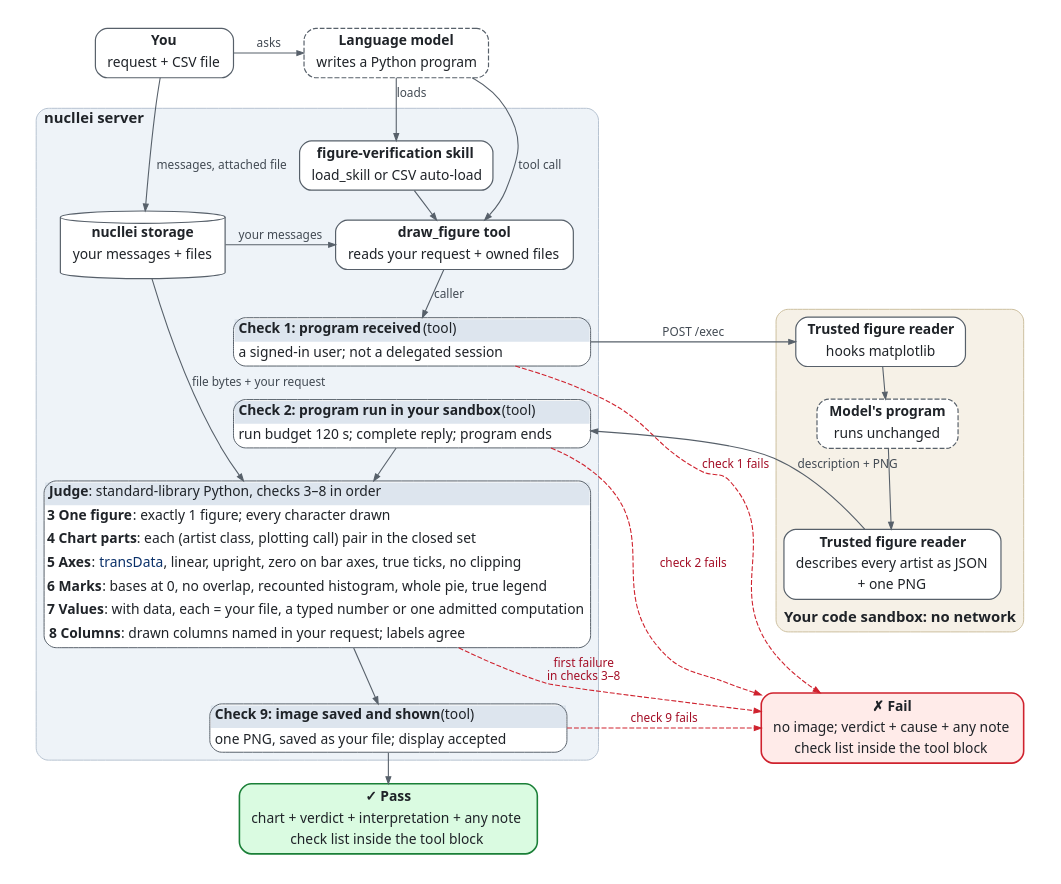
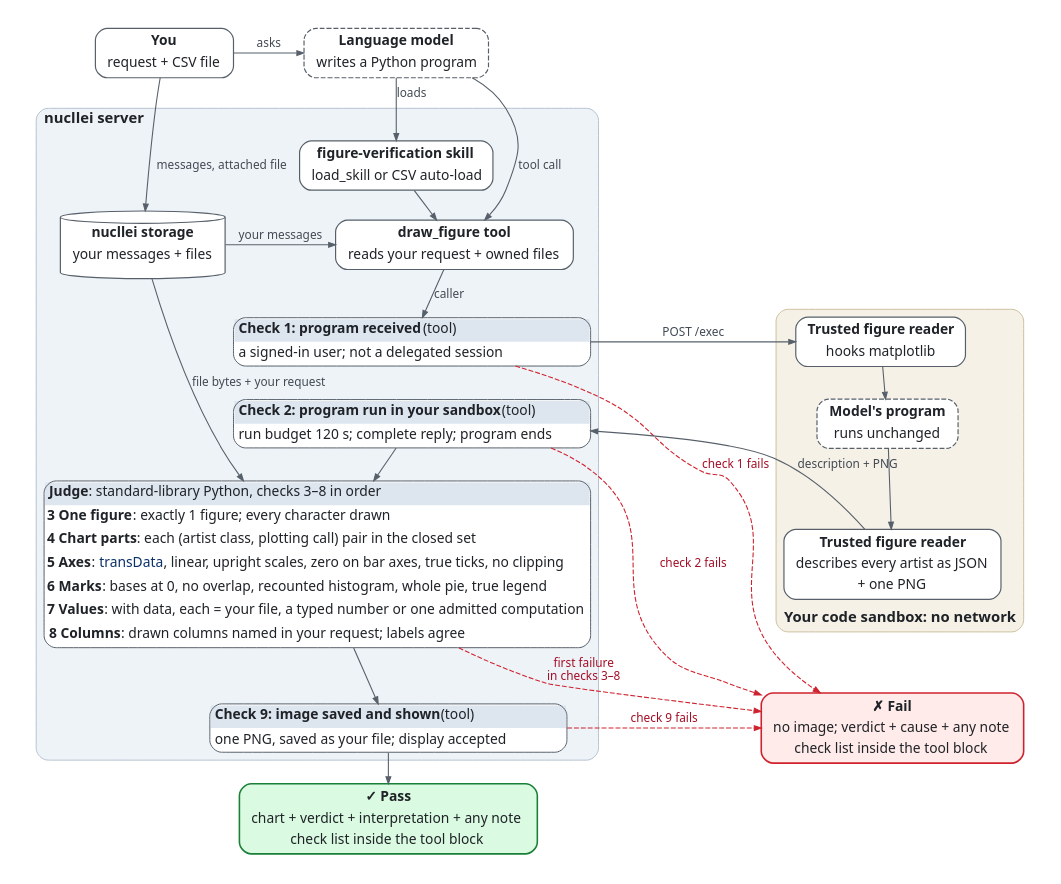
One commit to eturkes/figure-verification changed the diagram in docs/diagrams/verifier-nucllei.dot. Above: the diagram before and after it, drawn with Graphviz. The commit also changed 48 other files, not shown here.

```diff
--- a/docs/diagrams/verifier-nucllei.dot
+++ b/docs/diagrams/verifier-nucllei.dot
@@ -1,78 +1,78 @@
 // SPDX-License-Identifier: Apache-2.0 WITH LLVM-exception
 // How the figure verifier decides: the pipeline, one summary card per check. Rendered to
 // verifier-nucllei.svg by tools/render_diagrams.py; every rule = the tables of docs/nucllei/checks.md.
 digraph verifier_nucllei {
   graph [fontname="Noto Sans", fontsize=15, fontcolor="#1f2328", bgcolor="white",
          pad=0.3, nodesep=0.35, ranksep=0.28, newrank=true, compound=true];
   node [fontname="Noto Sans", fontsize=14, fontcolor="#1f2328", shape=box,
         style="rounded,filled", fillcolor="white", color="#57606a", penwidth=1.2,
         margin="0.15,0.06"];
   edge [fontname="Noto Sans", fontsize=12, fontcolor="#424a53", color="#57606a",
         arrowsize=0.7, penwidth=1.1];
 
   you [label=<<table border="0" cellborder="0" cellspacing="0" cellpadding="1"><tr><td height="21"><b>You</b></td></tr><tr><td height="21">request + CSV file</td></tr></table>>];
   model [label=<<table border="0" cellborder="0" cellspacing="0" cellpadding="1"><tr><td height="21"><b>Language model</b></td></tr><tr><td height="21">writes a Python program</td></tr></table>>, style="rounded,dashed"];
 
   subgraph cluster_server {
     label=<<b>nucllei server</b>>; labeljust=l; style="rounded,filled";
     fillcolor="#eef3f8"; color="#b6c3d1";
     storage [label=<<table border="0" cellborder="0" cellspacing="0" cellpadding="1"><tr><td height="21"><b>nucllei storage</b></td></tr><tr><td height="21">your messages + files</td></tr></table>>, shape=cylinder, style=filled];
     skill [label=<<table border="0" cellborder="0" cellspacing="0" cellpadding="1"><tr><td height="21"><b>figure-verification skill</b></td></tr><tr><td height="21">load_skill or CSV auto-load</td></tr></table>>];
     tool [label=<<table border="0" cellborder="0" cellspacing="0" cellpadding="1"><tr><td height="21"><b>draw_figure tool</b></td></tr><tr><td height="21">reads your request + owned files</td></tr></table>>];
     c1 [shape=plain, label=<<table border="1" cellborder="0" cellspacing="0" cellpadding="2" style="rounded" color="#57606a" bgcolor="white">
         <tr><td align="left" bgcolor="#dde5ee" cellpadding="4"><b>Check 1: program received</b> (tool)</td></tr>
         <tr><td align="left" width="360" height="24" cellpadding="4">a signed-in user; not a delegated session</td></tr></table>>];
     c2 [shape=plain, label=<<table border="1" cellborder="0" cellspacing="0" cellpadding="2" style="rounded" color="#57606a" bgcolor="white">
         <tr><td align="left" bgcolor="#dde5ee" cellpadding="4"><b>Check 2: program run in your sandbox</b> (tool)</td></tr>
         <tr><td align="left" width="360" height="24" cellpadding="4">run budget 120 s; complete reply; program ends</td></tr></table>>];
 
     judge [shape=plain, label=<<table border="1" cellborder="0" cellspacing="0" cellpadding="2" style="rounded" color="#57606a" bgcolor="white">
         <tr><td align="left" bgcolor="#dde5ee" cellpadding="4"><b>Judge</b>: standard-library Python, checks 3–8 in order</td></tr>
         <tr><td align="left" height="24"><b>3 One figure</b>: exactly 1 figure; every character drawn</td></tr>
         <tr><td align="left" height="24"><b>4 Chart parts</b>: each (artist class, plotting call) pair in the closed set</td></tr>
-        <tr><td align="left" height="24"><b>5 Axes</b>: <font color="#0a3069">transData</font>, linear, upright, zero on bar axes, true ticks, no clipping</td></tr>
+        <tr><td align="left" height="24"><b>5 Axes</b>: <font color="#0a3069">transData</font>, linear, upright scales, zero on bar axes, true ticks, no clipping</td></tr>
         <tr><td align="left" height="24"><b>6 Marks</b>: bases at 0, no overlap, recounted histogram, whole pie, true legend</td></tr>
         <tr><td align="left" height="24"><b>7 Values</b>: with data, each = your file, a typed number or one admitted computation</td></tr>
         <tr><td align="left" height="24" cellpadding="4"><b>8 Columns</b>: drawn columns named in your request; labels agree</td></tr></table>>];
 
     c9 [shape=plain, label=<<table border="1" cellborder="0" cellspacing="0" cellpadding="2" style="rounded" color="#57606a" bgcolor="white">
         <tr><td align="left" bgcolor="#dde5ee" cellpadding="4"><b>Check 9: image saved and shown</b> (tool)</td></tr>
         <tr><td align="left" width="360" height="24" cellpadding="4">one PNG, saved as your file; display accepted</td></tr></table>>];
   }
 
   subgraph cluster_sandbox {
     label=<<b>Your code sandbox: no network</b>>; labeljust=l; labelloc=b; style="rounded,filled";
     fillcolor="#f6f1e7"; color="#cdbf9f";
     hook [label=<<table border="0" cellborder="0" cellspacing="0" cellpadding="1"><tr><td height="21"><b>Trusted figure reader</b></td></tr><tr><td height="21">hooks matplotlib</td></tr></table>>];
     program [label=<<table border="0" cellborder="0" cellspacing="0" cellpadding="1"><tr><td height="21"><b>Model's program</b></td></tr><tr><td height="21">runs unchanged</td></tr></table>>, style="rounded,dashed,filled"];
     describe [label=<<table border="0" cellborder="0" cellspacing="0" cellpadding="1"><tr><td height="21"><b>Trusted figure reader</b></td></tr><tr><td height="21">describes every artist as JSON</td></tr><tr><td height="21">+ one PNG</td></tr></table>>];
   }
 
   pass [label=<<table border="0" cellborder="0" cellspacing="0" cellpadding="1"><tr><td height="21"><b>✓ Pass</b></td></tr><tr><td height="21">chart + verdict + interpretation + any note</td></tr><tr><td height="21">check list inside the tool block</td></tr></table>>, color="#1a7f37", fillcolor="#dafbe1", penwidth=1.6];
   fail [label=<<table border="0" cellborder="0" cellspacing="0" cellpadding="1"><tr><td height="21"><b>✗ Fail</b></td></tr><tr><td height="21">no image; verdict + cause + any note</td></tr><tr><td height="21">check list inside the tool block</td></tr></table>>, color="#cf222e", fillcolor="#ffebe9", penwidth=1.6];
 
   { rank=same; you; model; }
   { rank=same; storage; tool; }
   { rank=same; c1; hook; }
   { rank=same; c9; fail; }
 
   you -> model [label="asks"];
   you -> storage [label="messages, attached file"];
   model -> skill [label="loads"];
   skill -> tool;
   model -> tool [label="tool call"];
   storage -> tool [label="your messages"];
   tool -> c1 [label="caller"];
   c1 -> hook [label="POST /exec"];
   hook -> program -> describe;
   describe -> c2 [label="description + PNG", constraint=false];
   c1 -> c2 [style=invis];
   describe -> fail [style=invis, weight=8];
   c2 -> judge -> c9 -> pass;
   storage -> judge [label="file bytes + your request"];
   edge [color="#cf222e", fontcolor="#a40e26", style=dashed];
   c1 -> fail [label="check 1 fails"];
   c2 -> fail [label="check 2 fails"];
   judge -> fail [label="first failure\nin checks 3–8"];
   c9 -> fail [label="check 9 fails"];
 }
```
